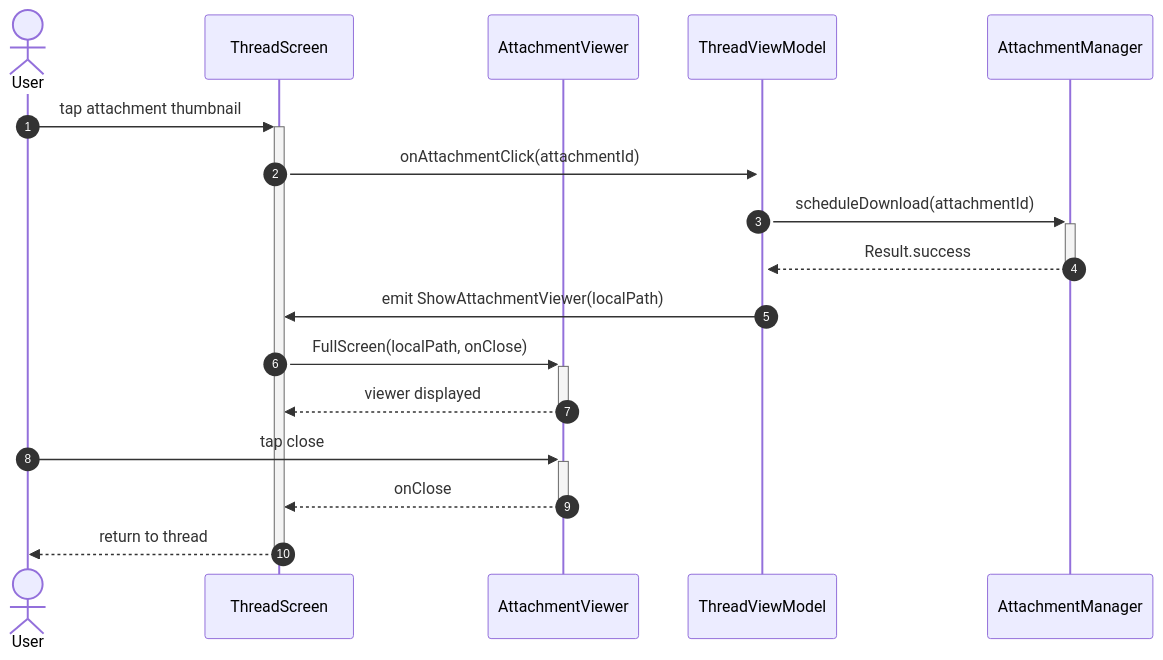
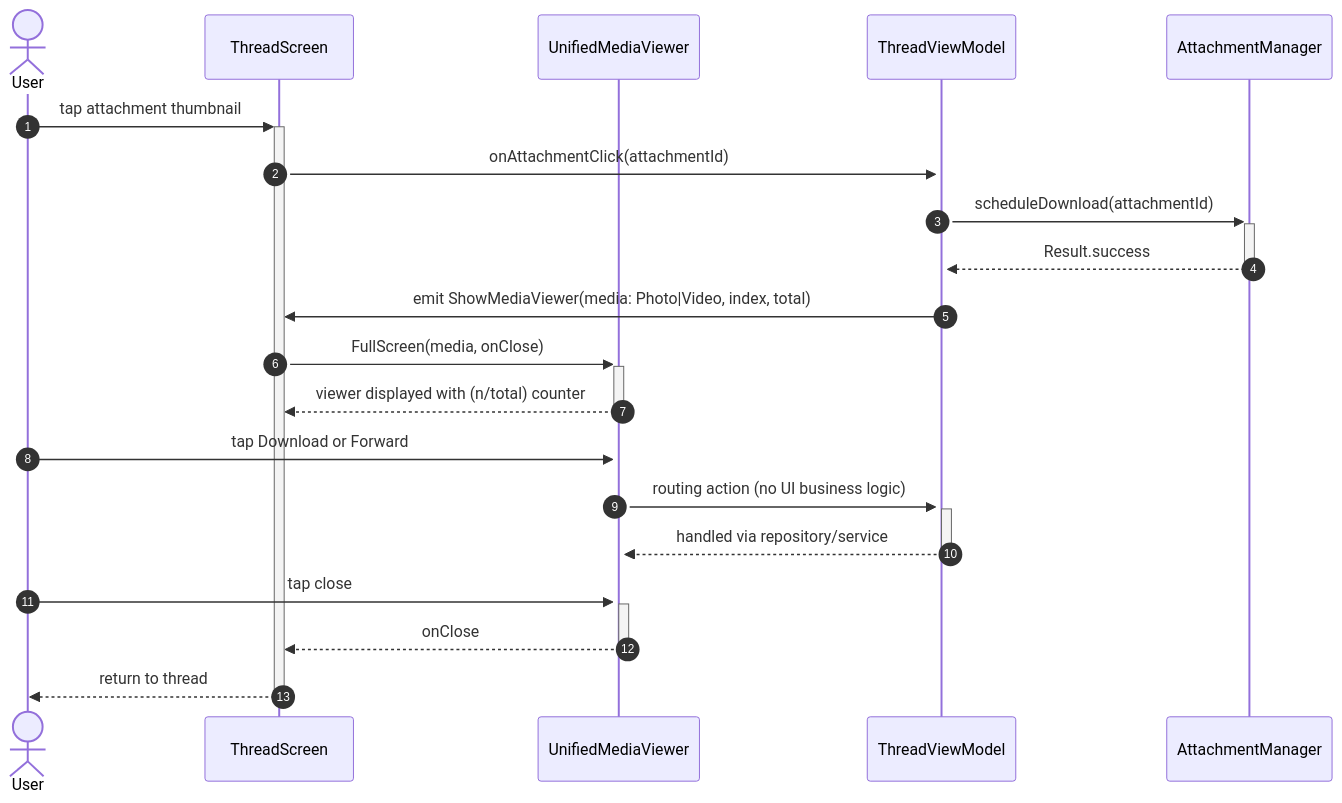
One commit to sean-light-dev/light-imessage changed the sixth of 16 diagrams in docs/initiatives/v1/codespec/milestone-6.md. Above: the diagram before and after it, drawn with Mermaid. The commit also changed other lines of this file, not shown here.

````diff
--- a/docs/initiatives/v1/codespec/milestone-6.md
+++ b/docs/initiatives/v1/codespec/milestone-6.md
@@ -436,20 +441,23 @@
 ```mermaid
 sequenceDiagram
     autonumber
     actor U as User
     participant TS as ThreadScreen
-    participant AV as AttachmentViewer
+    participant MV as UnifiedMediaViewer
     participant TVM as ThreadViewModel
     participant AM as AttachmentManager
 
     U->>+TS: tap attachment thumbnail
     TS->>+TVM: onAttachmentClick(attachmentId)
     TVM->>+AM: scheduleDownload(attachmentId)
     AM-->>-TVM: Result.success
-    TVM->>TS: emit ShowAttachmentViewer(localPath)
-    TS->>+AV: FullScreen(localPath, onClose)
-    AV-->>-TS: viewer displayed
-    U->>+AV: tap close
-    AV-->>-TS: onClose
+    TVM->>TS: emit ShowMediaViewer(media: Photo|Video, index, total)
+    TS->>+MV: FullScreen(media, onClose)
+    MV-->>-TS: viewer displayed with (n/total) counter
+    U->>+MV: tap Download or Forward
+    MV->>+TVM: routing action (no UI business logic)
+    TVM-->>-MV: handled via repository/service
+    U->>+MV: tap close
+    MV-->>-TS: onClose
     TS-->>-U: return to thread
 ```
````
